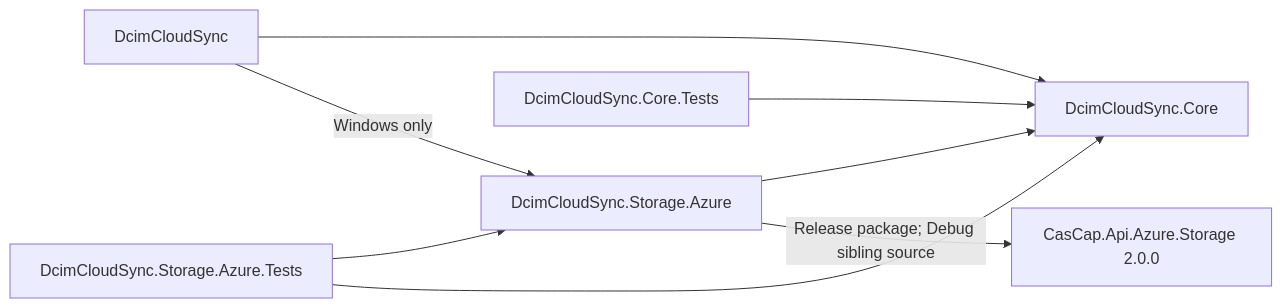
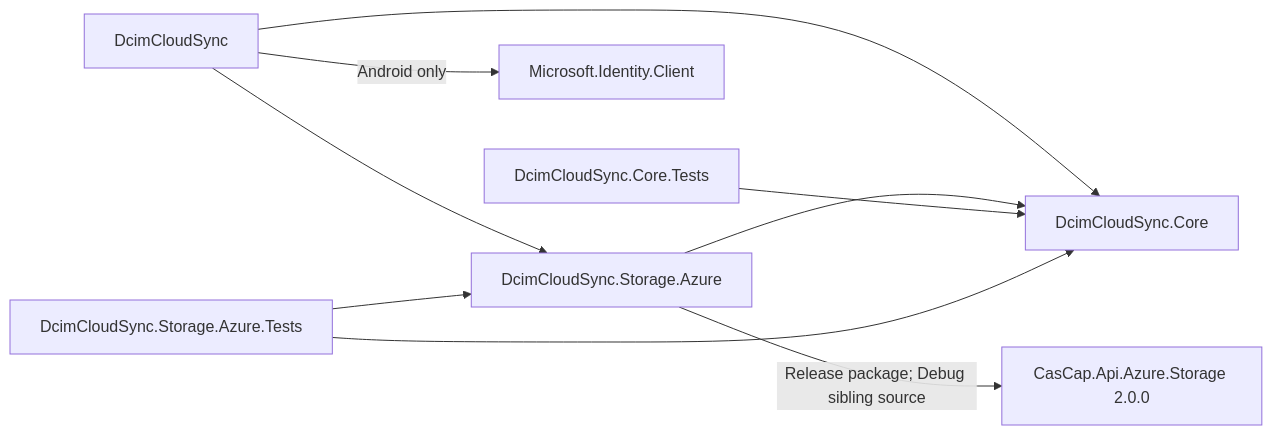
The second of 3 diagrams in docs/architecture.md (f2calv/android-dcim-cloud-sync), drawn with Mermaid before and after one commit. The commit also changed other lines of this file and 38 other files, not shown here.

First line of the commit message:
feat(android): back up with Microsoft Entra sign-in

````diff
--- a/docs/architecture.md
+++ b/docs/architecture.md
@@ -26,10 +28,11 @@
 ```mermaid
 graph LR
     App["DcimCloudSync"] --> Core["DcimCloudSync.Core"]
-    App -->|Windows only| Azure["DcimCloudSync.Storage.Azure"]
+    App --> Azure["DcimCloudSync.Storage.Azure"]
+    App -->|Android only| Msal["Microsoft.Identity.Client"]
     Azure --> Core
     Azure -->|Release package; Debug sibling source| Library["CasCap.Api.Azure.Storage 2.0.0"]
     CoreTests["DcimCloudSync.Core.Tests"] --> Core
     AzureTests["DcimCloudSync.Storage.Azure.Tests"] --> Azure
     AzureTests --> Core
 ```
````
